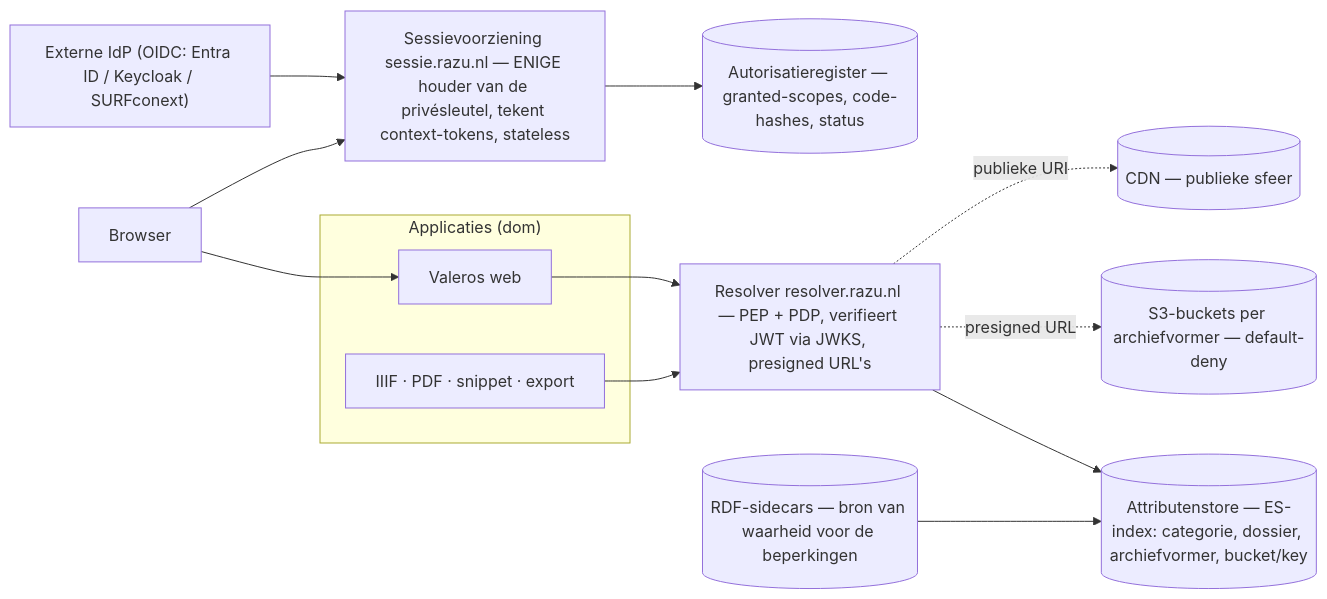
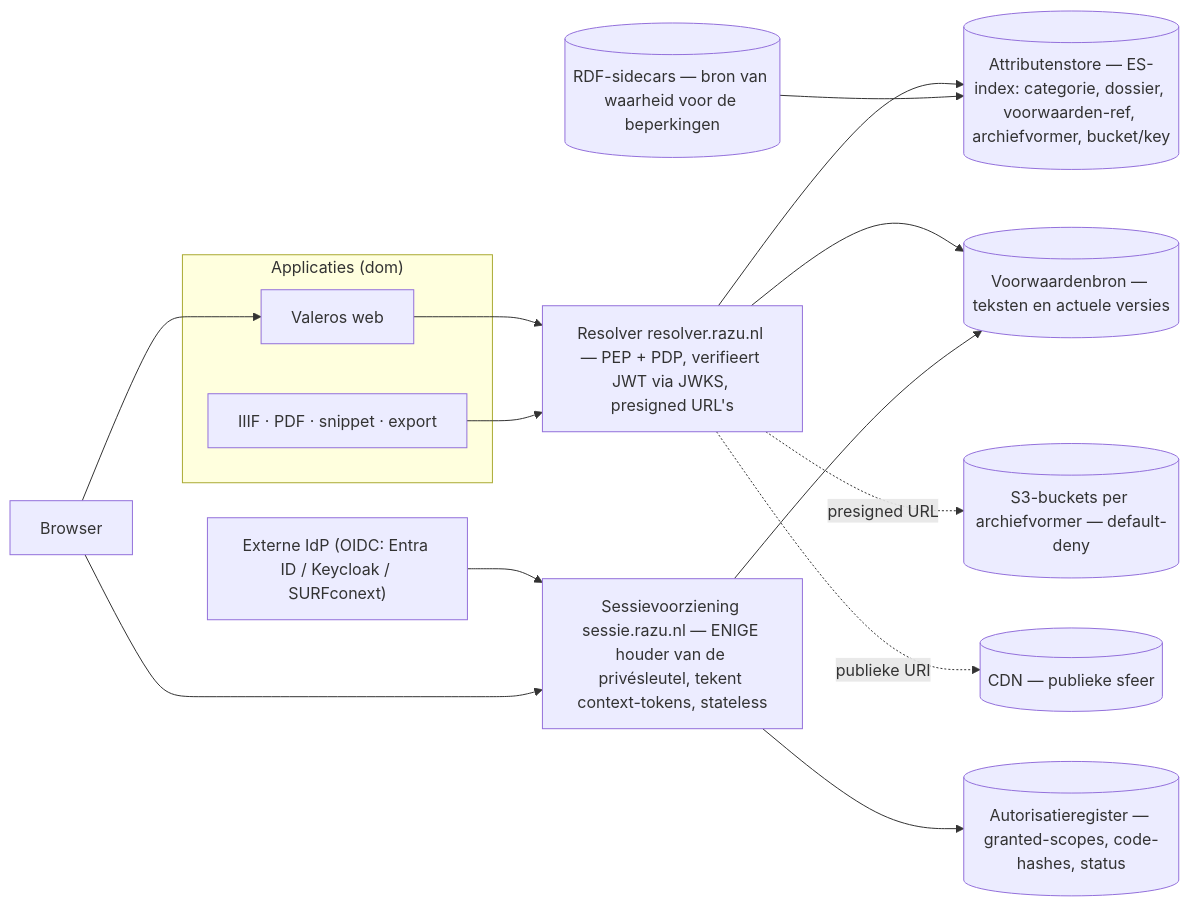
One commit to Regionaal-Archief-Zuid-Utrecht/vestibulum changed the first of 2 diagrams in architectuur-toegangsbeperkingen.md. Above: the diagram before and after it, drawn with Mermaid. The commit also changed other lines of this file and 4 other files, not shown here.

Commit message:
categorie-1-instemming token-only uitgewerkt met centrale voorwaardenbron, downloadpagina en voorbeeldflows; documentatie bijgewerkt naar 27 november 2026

````diff
--- a/architectuur-toegangsbeperkingen.md
+++ b/architectuur-toegangsbeperkingen.md
@@ -55,26 +56,29 @@
 ```mermaid
 graph LR
   subgraph Apps["Applicaties (dom)"]
     V["Valeros web"]
     I["IIIF · PDF · snippet · export"]
   end
   B["Browser"]
   IdP["Externe IdP (OIDC: Entra ID / Keycloak / SURFconext)"]
   R["Resolver resolver.razu.nl — PEP + PDP, verifieert JWT via JWKS, presigned URL's"]
   S["Sessievoorziening sessie.razu.nl — ENIGE houder van de privésleutel, tekent context-tokens, stateless"]
-  A[("Attributenstore — ES-index: categorie, dossier, archiefvormer, bucket/key")]
+  A[("Attributenstore — ES-index: categorie, dossier, voorwaarden-ref, archiefvormer, bucket/key")]
   G[("Autorisatieregister — granted-scopes, code-hashes, status")]
+  T[("Voorwaardenbron — teksten en actuele versies")]
   C[("RDF-sidecars — bron van waarheid voor de beperkingen")]
   S3[("S3-buckets per archiefvormer — default-deny")]
   CDN[("CDN — publieke sfeer")]
   B --> V
   V --> R
   I --> R
   R --> A
   IdP --> S
   S --> G
   C --> A
+  R --> T
+  S --> T
   R -. "presigned URL" .-> S3
   R -. "publieke URI" .-> CDN
   B --> S
 ```
````
